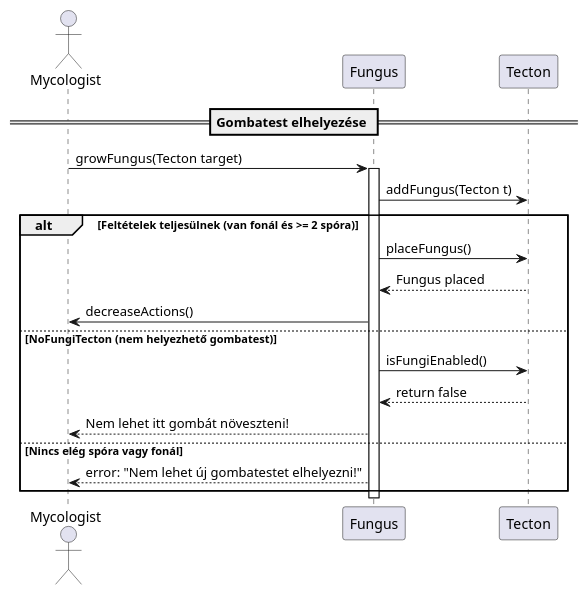
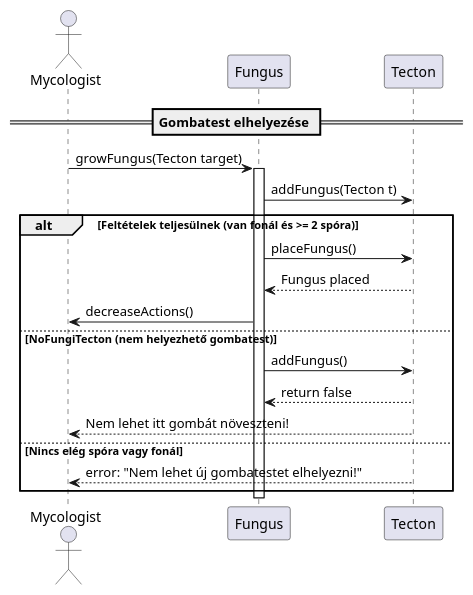
One commit to hujberhunor/SzomiSztegoProjlab changed the diagram in UML/TestSequence/2-place-fungus.puml. Above: the diagram before and after it, drawn with PlantUML. The commit also changed 6 other files, not shown here.

```diff
--- a/UML/TestSequence/2-place-fungus.puml
+++ b/UML/TestSequence/2-place-fungus.puml
@@ -1,28 +1,28 @@
 @startuml
 
 == Gombatest elhelyezése ==
 
 actor Mycologist
 participant Fungus
 participant Tecton
 
 Mycologist -> Fungus: growFungus(Tecton target)
 activate Fungus
 
 Fungus -> Tecton: addFungus(Tecton t)
 
 alt Feltételek teljesülnek (van fonál és >= 2 spóra)
     Fungus -> Tecton: placeFungus()
     Tecton --> Fungus: Fungus placed
     Fungus -> Mycologist: decreaseActions()
 else NoFungiTecton (nem helyezhető gombatest)
-    Fungus -> Tecton: isFungiEnabled()
+    Fungus -> Tecton: addFungus()
     Tecton --> Fungus: return false
-    Fungus --> Mycologist: Nem lehet itt gombát növeszteni!
+    Tecton --> Mycologist: Nem lehet itt gombát növeszteni!
 else Nincs elég spóra vagy fonál
-    Fungus --> Mycologist: error: "Nem lehet új gombatestet elhelyezni!"
+    Tecton --> Mycologist: error: "Nem lehet új gombatestet elhelyezni!"
 end
 
 deactivate Fungus
 
 @enduml
```
